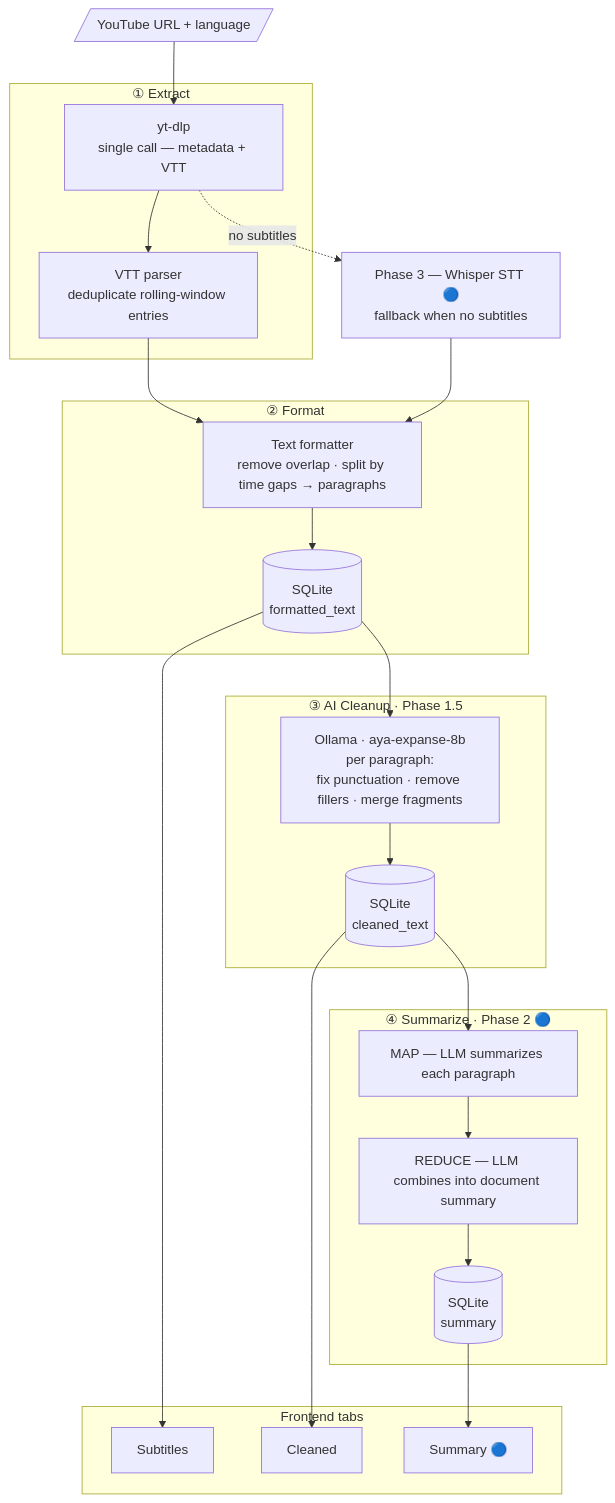
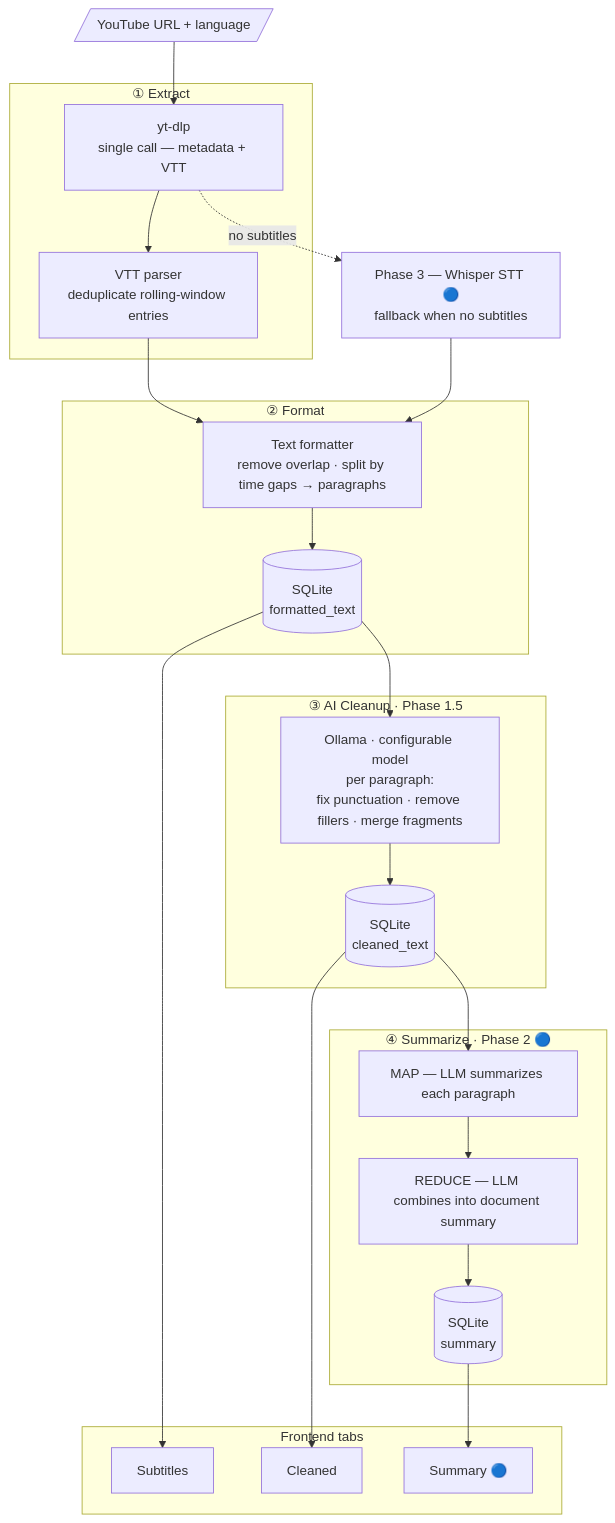
One commit to ioncat/yt-summarizer changed the diagram in README.md. Above: the diagram before and after it, drawn with Mermaid. The commit also changed other lines of this file and 17 other files, not shown here.

````diff
--- a/README.md
+++ b/README.md
@@ -135,34 +34,34 @@
 ```mermaid
 flowchart TD
     URL[/"YouTube URL + language"/] --> EXT
 
     subgraph step1 ["① Extract"]
         EXT["yt-dlp\nsingle call — metadata + VTT"]
         EXT --> PARSE["VTT parser\ndeduplicate rolling-window entries"]
     end
 
     subgraph step2 ["② Format"]
         PARSE --> FMT["Text formatter\nremove overlap · split by time gaps → paragraphs"]
         FMT --> DB1[("SQLite\nformatted_text")]
     end
 
     subgraph step3 ["③ AI Cleanup · Phase 1.5"]
-        DB1 --> LLM["Ollama · aya-expanse-8b\nper paragraph:\nfix punctuation · remove fillers · merge fragments"]
+        DB1 --> LLM["Ollama · configurable model\nper paragraph:\nfix punctuation · remove fillers · merge fragments"]
         LLM --> DB2[("SQLite\ncleaned_text")]
     end
 
     subgraph step4 ["④ Summarize · Phase 2 🔵"]
         DB2 --> MAP["MAP — LLM summarizes each paragraph"]
         MAP --> RED["REDUCE — LLM combines into document summary"]
         RED --> DB3[("SQLite\nsummary")]
     end
 
     subgraph ui ["Frontend tabs"]
         DB1 --> T1["Subtitles"]
         DB2 --> T2["Cleaned"]
         DB3 --> T3["Summary 🔵"]
     end
 
     EXT -. "no subtitles" .-> STT
     STT["Phase 3 — Whisper STT 🔵\nfallback when no subtitles"] --> FMT
 ```
````
